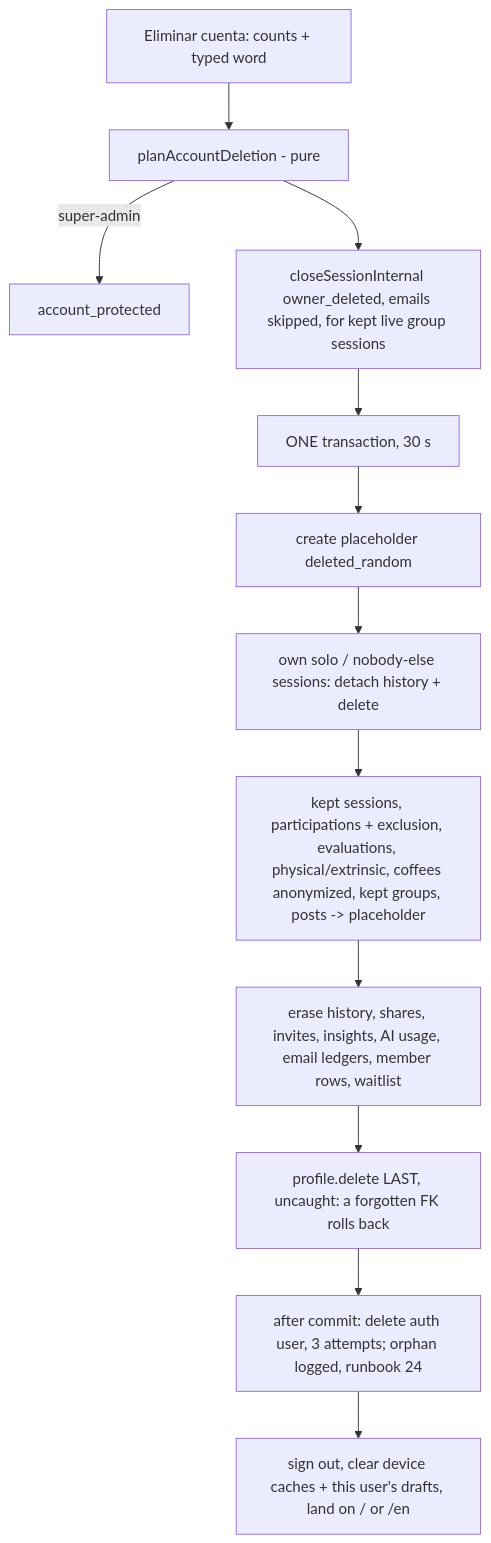
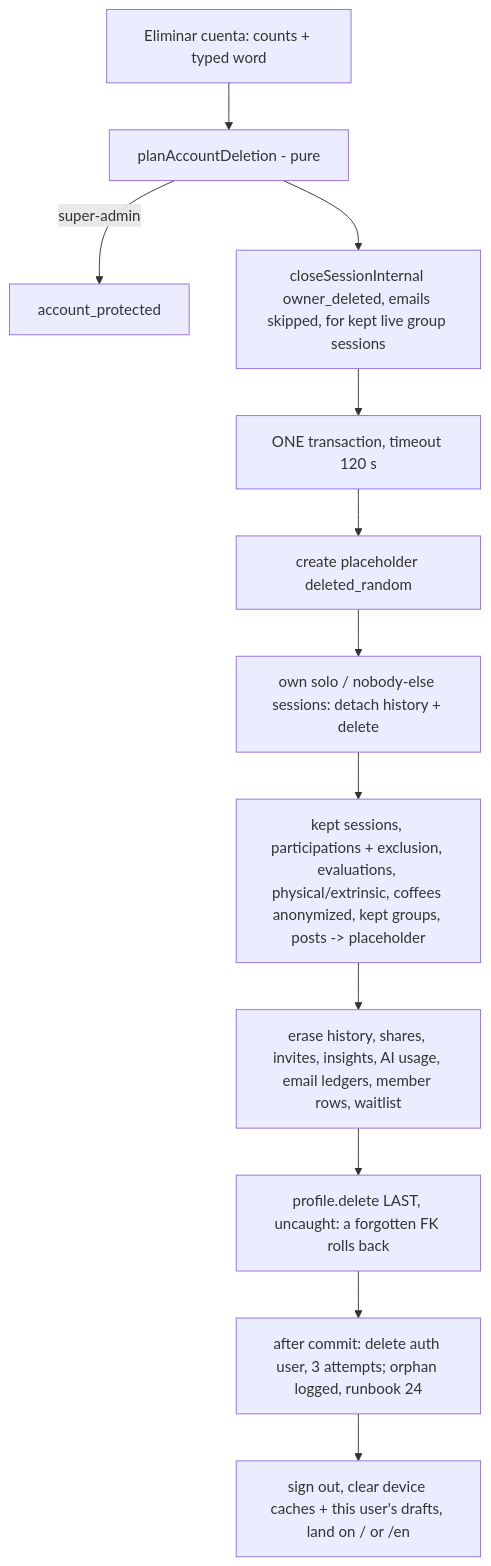
The eighth of 17 diagrams in docs/flows.md (ricardovelezd27/cata-cafe), drawn with Mermaid before and after one commit. The commit also changed other lines of this file and 1 other file, not shown here.

First line of the commit message:
S8-24 D-04: CLAUDE.md and flows.md match the code

````diff
--- a/docs/flows.md
+++ b/docs/flows.md
@@ -509,14 +509,14 @@
 ```mermaid
 flowchart TD
   D[Eliminar cuenta: counts + typed word] --> P[planAccountDeletion - pure]
   P -- super-admin --> R[account_protected]
   P --> C[closeSessionInternal owner_deleted, emails skipped, for kept live group sessions]
-  C --> T[ONE transaction, 30 s]
+  C --> T[ONE transaction, timeout 120 s]
   T --> T1[create placeholder deleted_random]
   T1 --> T2[own solo / nobody-else sessions: detach history + delete]
   T2 --> T3[kept sessions, participations + exclusion, evaluations, physical/extrinsic, coffees anonymized, kept groups, posts -> placeholder]
   T3 --> T4[erase history, shares, invites, insights, AI usage, email ledgers, member rows, waitlist]
   T4 --> T5[profile.delete LAST, uncaught: a forgotten FK rolls back]
   T5 --> A[after commit: delete auth user, 3 attempts; orphan logged, runbook 24]
   A --> L[sign out, clear device caches + this user's drafts, land on / or /en]
 ```
````
